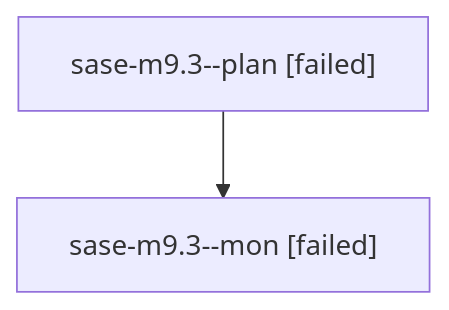
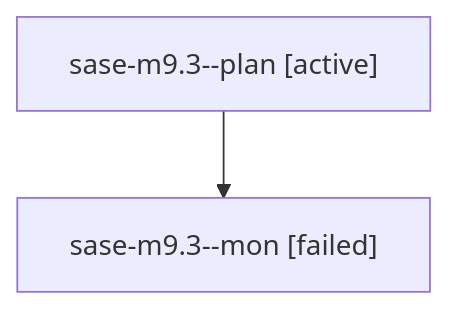
Before and after one commit to sase-org/sase--agents: the diagram in families/bbugyi200.athena.sase-m9.3.md, drawn with Mermaid. The commit also changed other lines of this file and 35830 other files, not shown here.

````diff
--- a/families/bbugyi200.athena.sase-m9.3.md
+++ b/families/bbugyi200.athena.sase-m9.3.md
@@ -9,6 +9,6 @@
 ```mermaid
 flowchart TD
-  n0["sase-m9.3--plan [failed]"]
+  n0["sase-m9.3--plan [active]"]
   n1["sase-m9.3--mon [failed]"]
   n0 --> n1
 ```
````
